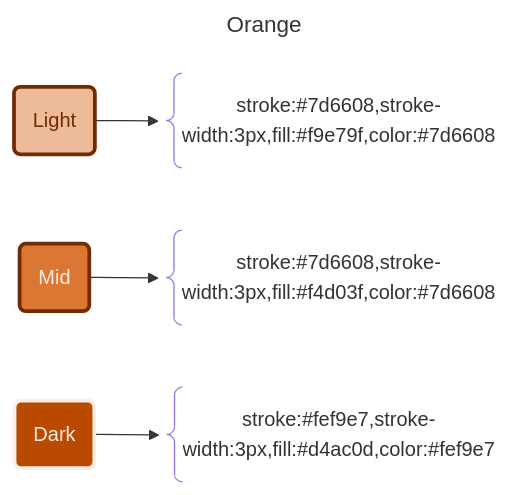
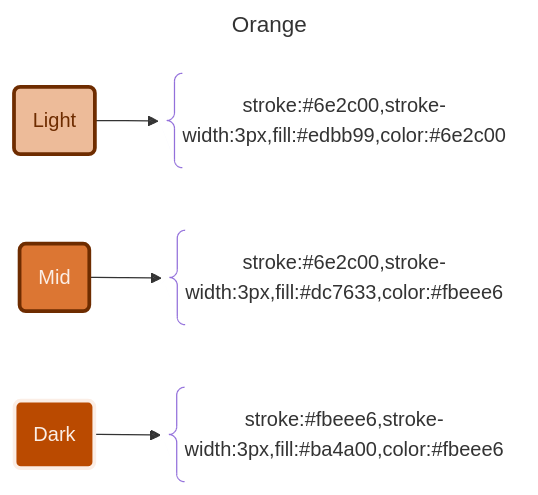
The ninth of 10 diagrams in profile/mermaid/mermaid.md (APrettyCoolProgram/aprettycoolprogram), drawn with Mermaid before and after one commit. The commit also changed other lines of this file, not shown here.

````diff
--- a/profile/mermaid/mermaid.md
+++ b/profile/mermaid/mermaid.md
@@ -277,24 +277,24 @@
 ```mermaid
 ---
 title: Orange
 ---
 flowchart LR
   %% Components
   Light@{shape: rounded, label: "Light"}
-  LightString@{shape: brace, label: "stroke:#7d6608,stroke-width:3px,fill:#f9e79f,color:#7d6608"}
+  LightString@{shape: brace, label: "stroke:#6e2c00,stroke-width:3px,fill:#edbb99,color:#6e2c00"}
   Mid@{shape: rounded, label: "Mid"}
-  MidString@{shape: brace, label: "stroke:#7d6608,stroke-width:3px,fill:#f4d03f,color:#7d6608"}
+  MidString@{shape: brace, label: "stroke:#6e2c00,stroke-width:3px,fill:#dc7633,color:#fbeee6"}
   Dark@{shape: rounded, label: "Dark"}
-  DarkString@{shape: brace, label: "stroke:#fef9e7,stroke-width:3px,fill:#d4ac0d,color:#fef9e7"}
+  DarkString@{shape: brace, label: "stroke:#fbeee6,stroke-width:3px,fill:#ba4a00,color:#fbeee6"}
   %% Layout
   Light --> LightString
   Mid --> MidString
   Dark --> DarkString
   %% Styles
   classDef Light stroke:#6e2c00,stroke-width:3px,fill:#edbb99,color:#6e2c00  
   classDef Mid stroke:#6e2c00,stroke-width:3px,fill:#dc7633,color:#fbeee6
   classDef Dark stroke:#fbeee6,stroke-width:3px,fill:#ba4a00,color:#fbeee6
   class Light Light
   class Mid Mid
   class Dark Dark
 ```
````
